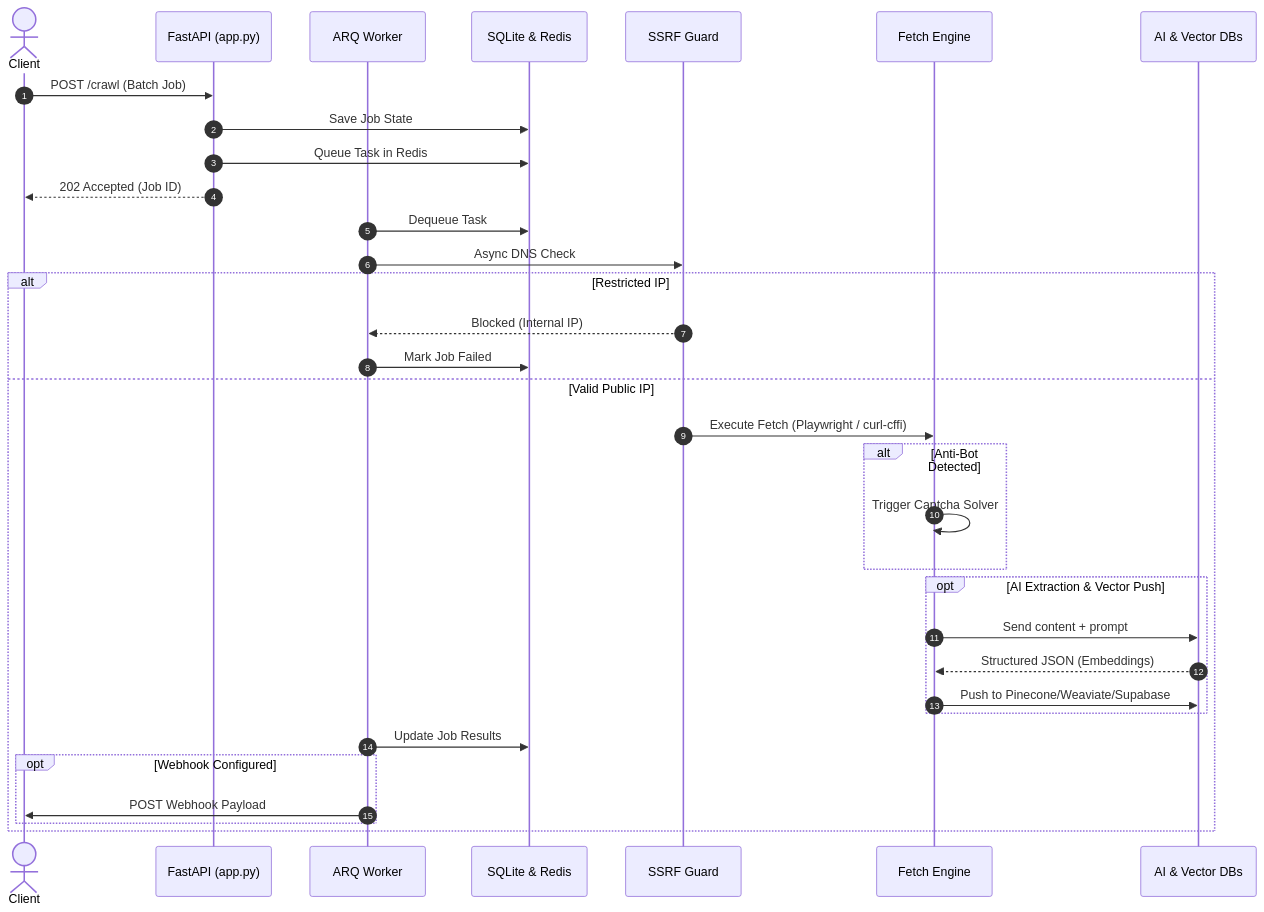
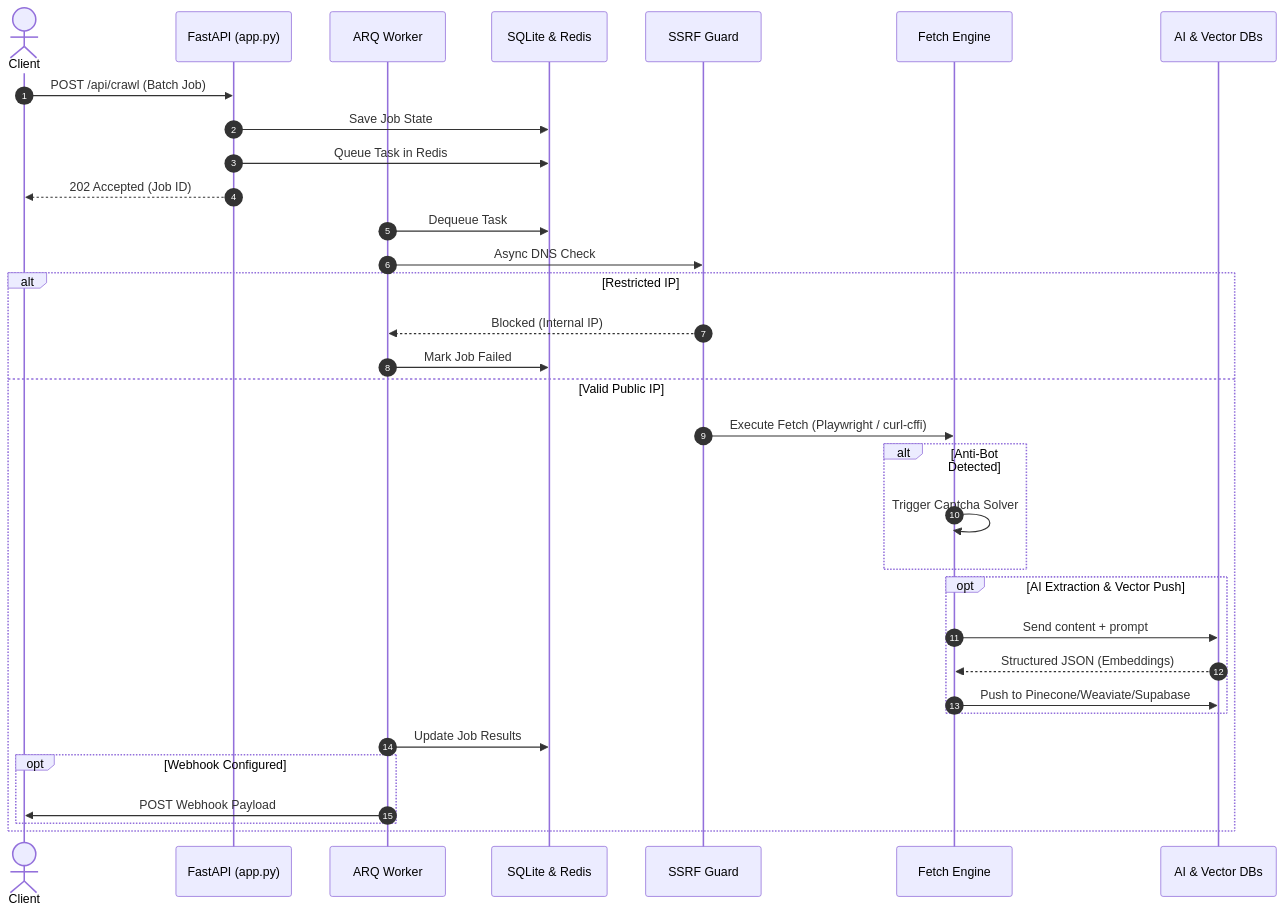
One commit to Tejas3479/crawlix changed the second of 2 diagrams in README.md. Above: the diagram before and after it, drawn with Mermaid. The commit also changed other lines of this file and 1 other file, not shown here.

Commit message:
docs: align routes in API.md and README with actual implementation

````diff
--- a/README.md
+++ b/README.md
@@ -207,41 +209,41 @@
 ```mermaid
 sequenceDiagram
     autonumber
     actor Client
     participant API as FastAPI (app.py)
     participant Worker as ARQ Worker
     participant DB as SQLite & Redis
     participant Guard as SSRF Guard
     participant Engine as Fetch Engine
     participant AI as AI & Vector DBs
 
-    Client->>API: POST /crawl (Batch Job)
+    Client->>API: POST /api/crawl (Batch Job)
     API->>DB: Save Job State
     API->>DB: Queue Task in Redis
     API-->>Client: 202 Accepted (Job ID)
     
     Worker->>DB: Dequeue Task
     Worker->>Guard: Async DNS Check
     
     alt Restricted IP
         Guard-->>Worker: Blocked (Internal IP)
         Worker->>DB: Mark Job Failed
     else Valid Public IP
         Guard->>Engine: Execute Fetch (Playwright / curl-cffi)
         
         alt Anti-Bot Detected
             Engine->>Engine: Trigger Captcha Solver
         end
         
         opt AI Extraction & Vector Push
             Engine->>AI: Send content + prompt
             AI-->>Engine: Structured JSON (Embeddings)
             Engine->>AI: Push to Pinecone/Weaviate/Supabase
         end
         
         Worker->>DB: Update Job Results
         opt Webhook Configured
             Worker->>Client: POST Webhook Payload
         end
     end
 ```
````
